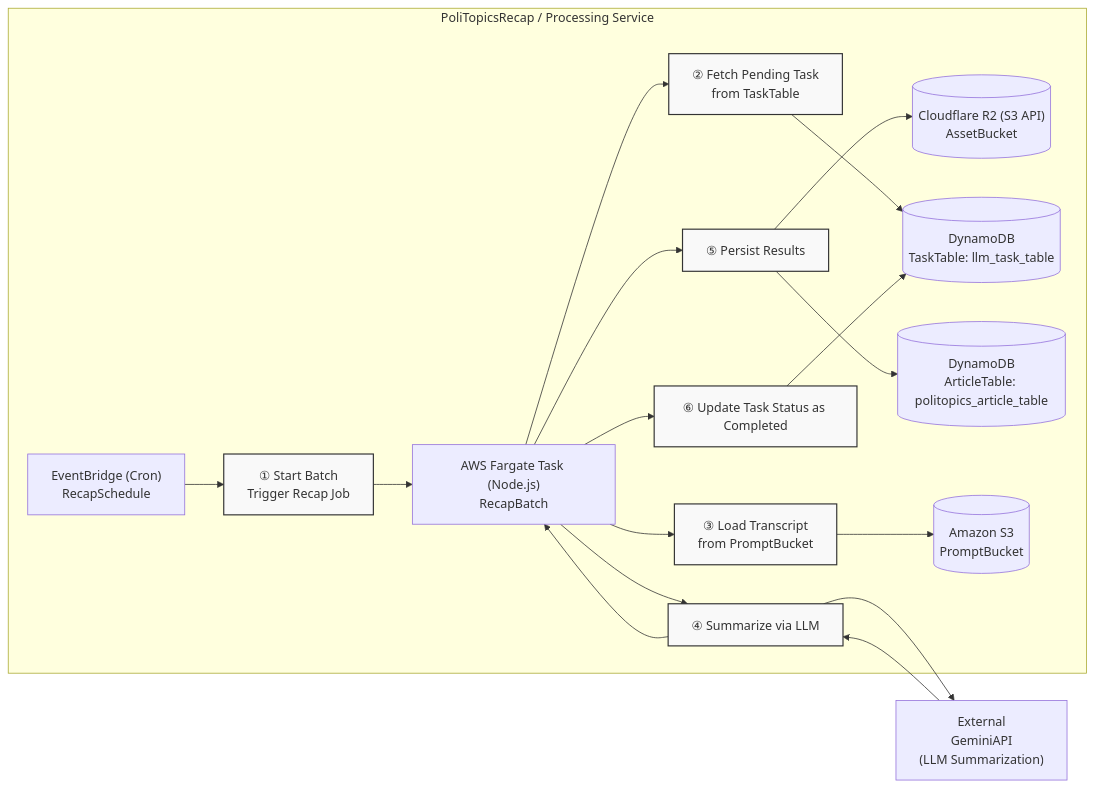
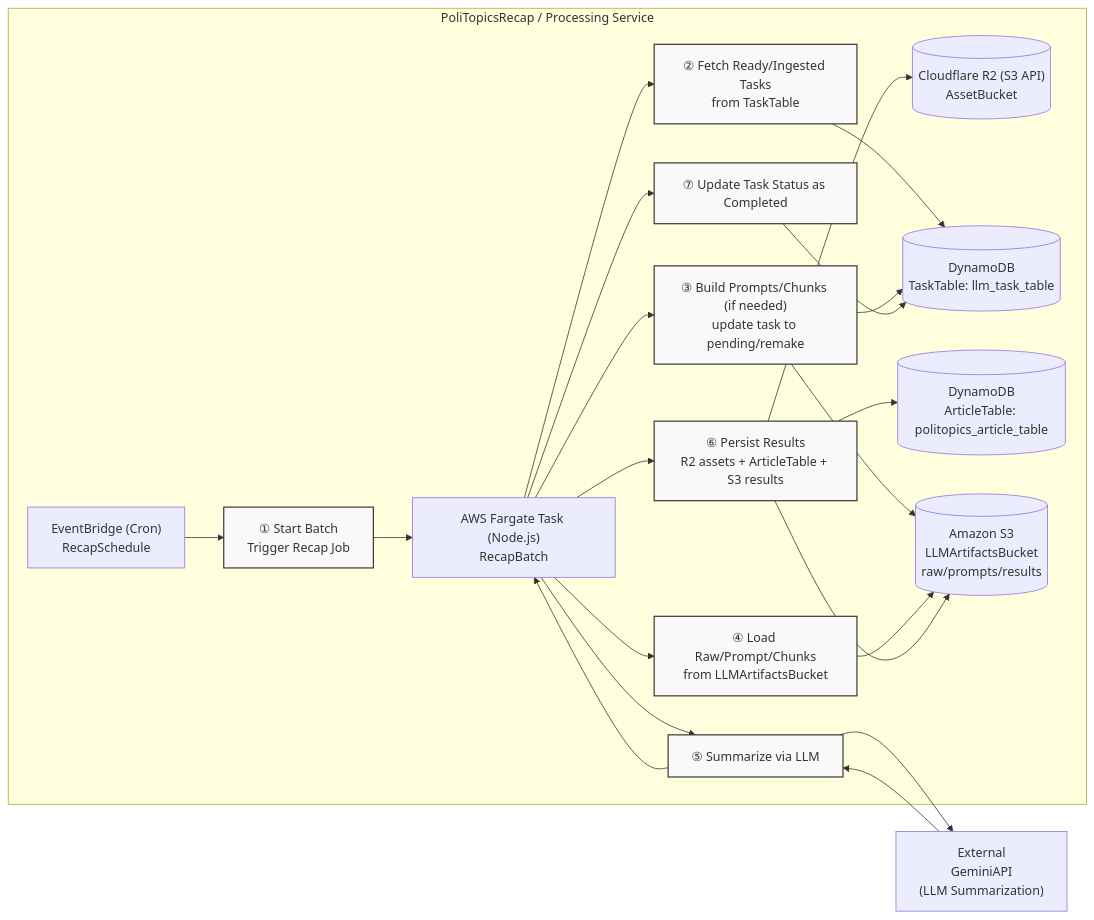
The diagram in README.md (Keyhole-Koro/PoliTopicsRecap), drawn with Mermaid before and after one commit. The commit also changed 9 other files, not shown here.

````diff
--- a/README.md
+++ b/README.md
@@ -8,38 +8,41 @@
 ```mermaid
 ---
 config:
   layout: dagre
 ---
 flowchart LR
   subgraph RP["PoliTopicsRecap / Processing Service"]
         RecapSchedule["EventBridge (Cron)<br>RecapSchedule"]
         RecapBatch["AWS Fargate Task (Node.js)<br>RecapBatch"]
         S1["① Start Batch<br>Trigger Recap Job"]
-        S2["② Fetch Pending Task<br>from TaskTable"]
-        S3["③ Load Transcript<br>from PromptBucket"]
-        S4["④ Summarize via LLM"]
-        S5["⑤ Persist Results"]
-        S6["⑥ Update Task Status as Completed"]
+        S2["② Fetch Ready/Ingested Tasks<br>from TaskTable"]
+        S3["③ Build Prompts/Chunks (if needed)<br>update task to pending/remake"]
+        S4["④ Load Raw/Prompt/Chunks<br>from LLMArtifactsBucket"]
+        S5["⑤ Summarize via LLM"]
+        S6["⑥ Persist Results<br>R2 assets + ArticleTable + S3 results"]
+        S7["⑦ Update Task Status as Completed"]
         AssetBucket[("Cloudflare R2 (S3 API)<br>AssetBucket")]
         TaskTable[("DynamoDB<br>TaskTable: llm_task_table")]
         ArticleTable[("DynamoDB<br>ArticleTable: politopics_article_table")]
-        PromptBucket[("Amazon S3<br>PromptBucket")]
+        LlmBucket[("Amazon S3<br>LLMArtifactsBucket<br>raw/prompts/results")]
   end
     RecapSchedule --> S1
     S1 --> RecapBatch
-    RecapBatch --> S2 & S3 & S4 & S5 & S6
+    RecapBatch --> S2 & S3 & S4 & S5 & S6 & S7
     S2 --> TaskTable
-    S3 --> PromptBucket
-    S4 --> GeminiAPI["External<br>GeminiAPI<br>(LLM Summarization)"] & RecapBatch
-    GeminiAPI --> S4
-    S5 --> AssetBucket & ArticleTable
-    S6 --> TaskTable
+    S3 --> LlmBucket & TaskTable
+    S4 --> LlmBucket
+    S5 --> GeminiAPI["External<br>GeminiAPI<br>(LLM Summarization)"] & RecapBatch
+    GeminiAPI --> S5
+    S6 --> AssetBucket & ArticleTable & LlmBucket
+    S7 --> TaskTable
 
      S1:::step
      S2:::step
      S3:::step
      S4:::step
      S5:::step
      S6:::step
+     S7:::step
     classDef step fill:#f9f9f9,stroke:#333,stroke-width:1.5px
 ```
````
